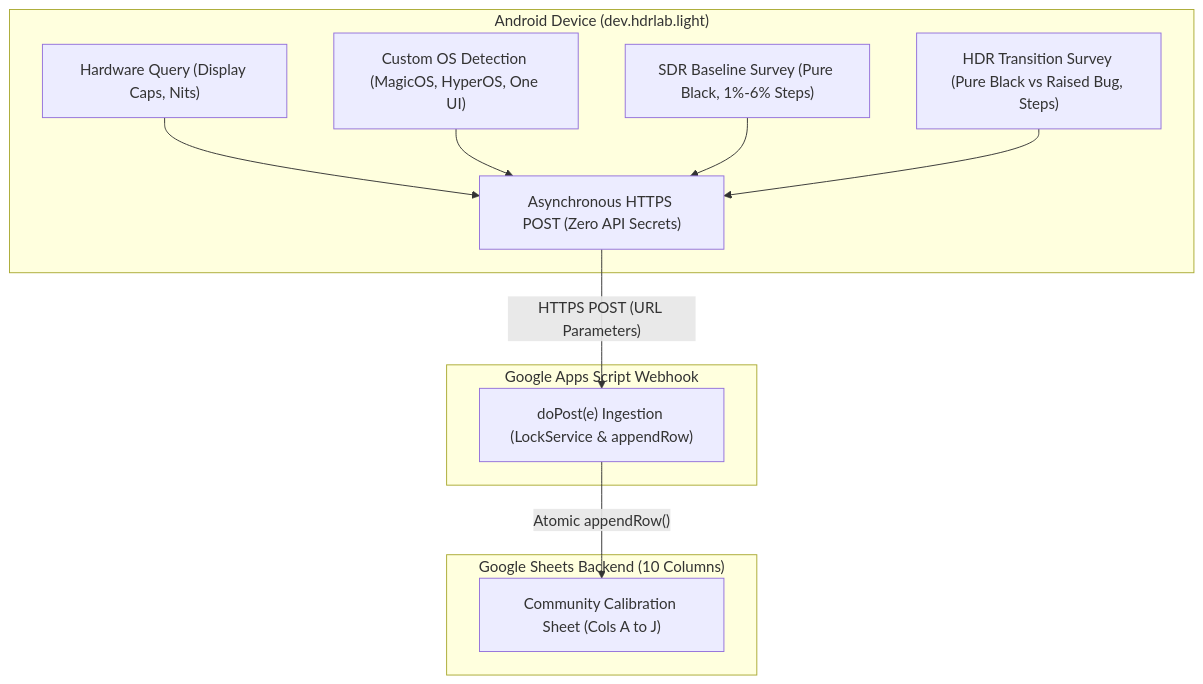
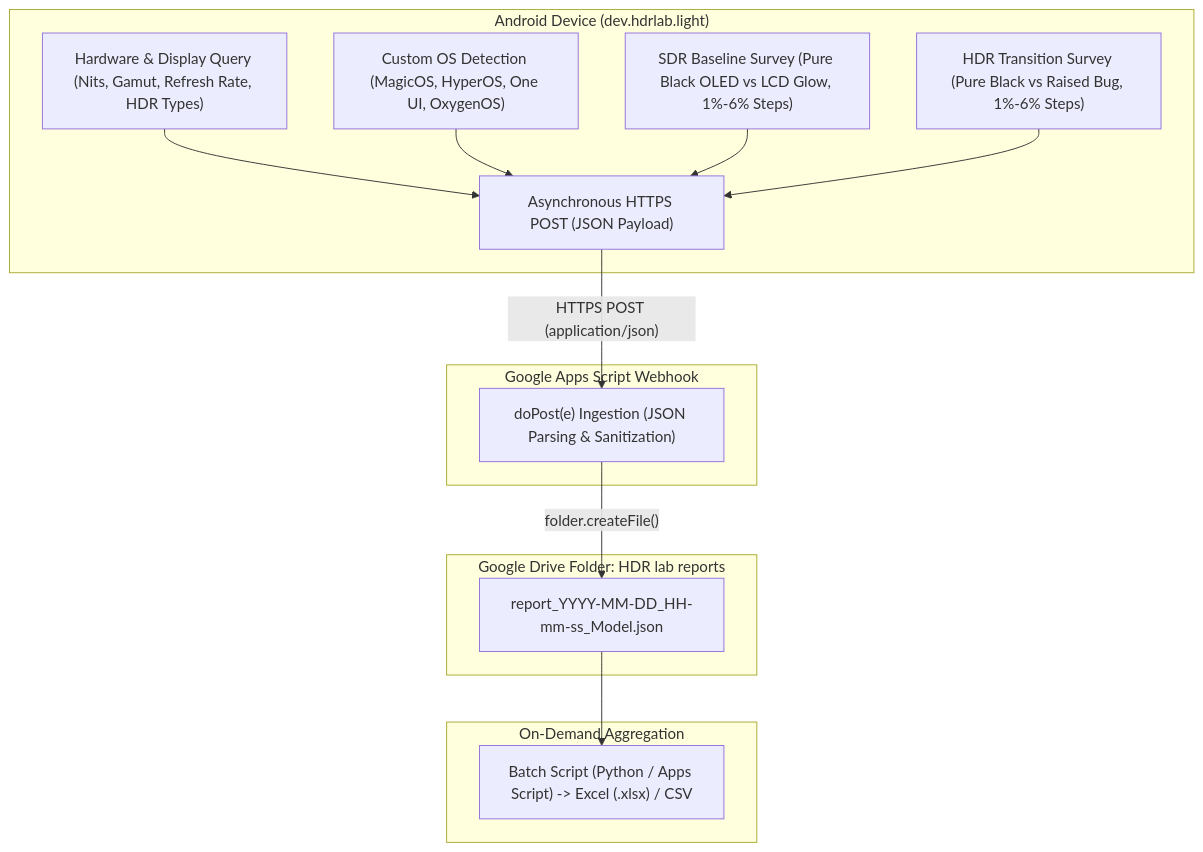
The diagram in docs/COMMUNITY_DATABASE.md (xXCh1coriaXx/HDR-LAB), drawn with Mermaid before and after one commit. The commit also changed other lines of this file and 8 other files, not shown here.

Commit message:
feat: release v0.1.7 with JSON Drive ingestion, dynamic device discovery, and active webhook endpoint

````diff
--- a/docs/COMMUNITY_DATABASE.md
+++ b/docs/COMMUNITY_DATABASE.md
@@ -12,21 +17,26 @@
 ```mermaid
 flowchart TD
     subgraph AndroidDevice ["Android Device (dev.hdrlab.light)"]
-        A["Hardware Query (Display Caps, Nits)"]
-        B["Custom OS Detection (MagicOS, HyperOS, One UI)"]
-        C["SDR Baseline Survey (Pure Black, 1%-6% Steps)"]
-        D["HDR Transition Survey (Pure Black vs Raised Bug, Steps)"]
-        A & B & C & D --> E["Asynchronous HTTPS POST (Zero API Secrets)"]
+        A["Hardware & Display Query (Nits, Gamut, Refresh Rate, HDR Types)"]
+        B["Custom OS Detection (MagicOS, HyperOS, One UI, OxygenOS)"]
+        C["SDR Baseline Survey (Pure Black OLED vs LCD Glow, 1%-6% Steps)"]
+        D["HDR Transition Survey (Pure Black vs Raised Bug, 1%-6% Steps)"]
+        A & B & C & D --> E["Asynchronous HTTPS POST (JSON Payload)"]
     end
 
     subgraph Webhook ["Google Apps Script Webhook"]
-        F["doPost(e) Ingestion (LockService & appendRow)"]
+        F["doPost(e) Ingestion (JSON Parsing & Sanitization)"]
     end
 
-    subgraph Database ["Google Sheets Backend (10 Columns)"]
-        G["Community Calibration Sheet (Cols A to J)"]
+    subgraph Storage ["Google Drive Folder: HDR lab reports"]
+        G["report_YYYY-MM-DD_HH-mm-ss_Model.json"]
     end
 
-    E -->|"HTTPS POST (URL Parameters)"| F
-    F -->|"Atomic appendRow()"| G
+    subgraph Analytics ["On-Demand Aggregation"]
+        H["Batch Script (Python / Apps Script) -> Excel (.xlsx) / CSV"]
+    end
+
+    E -->|"HTTPS POST (application/json)"| F
+    F -->|"folder.createFile()"| G
+    G --> H
 ```
````
